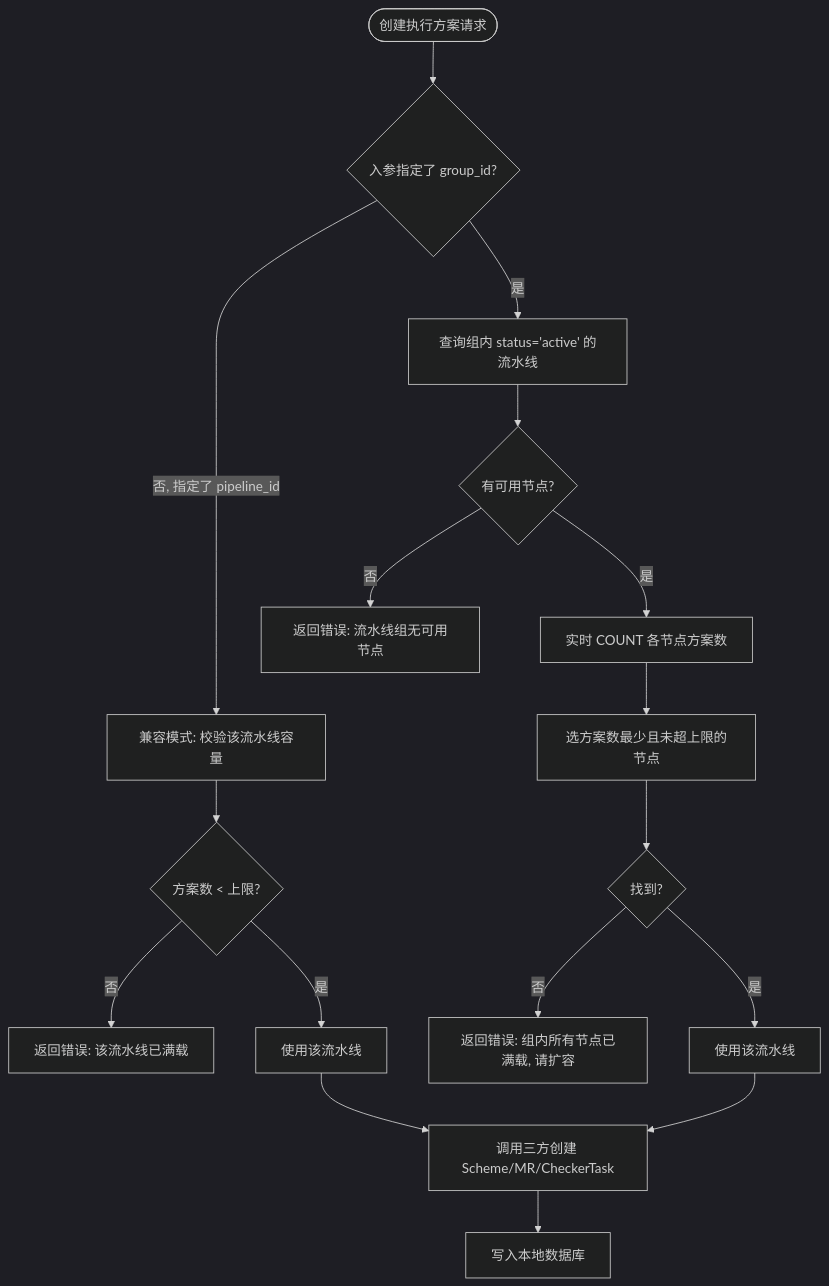
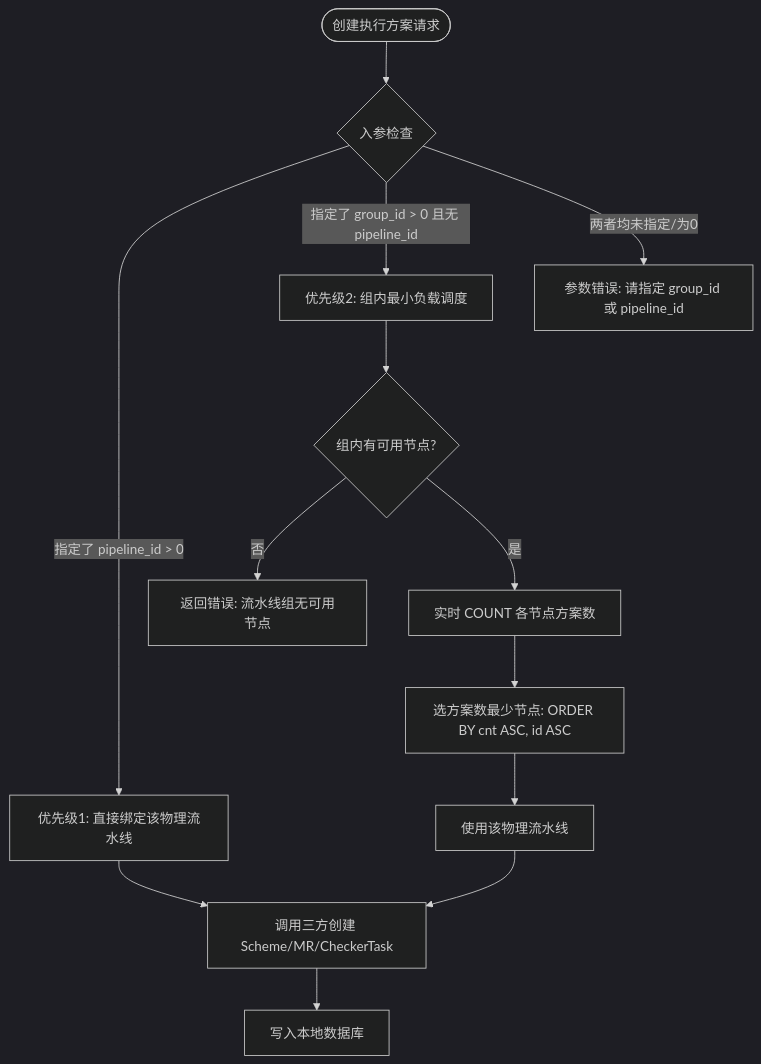
One commit to fugui/code-pipeline changed the third of 4 diagrams in docs/pipeline_group_design.md. Above: the diagram before and after it, drawn with Mermaid (dark theme). The commit also changed other lines of this file and 10 other files, not shown here.

````diff
--- a/docs/pipeline_group_design.md
+++ b/docs/pipeline_group_design.md
@@ -178,22 +126,18 @@
 ```mermaid
 flowchart TD
-    Start([创建执行方案请求]) --> CheckInput{入参指定了 group_id?}
+    Start([创建执行方案请求]) --> CheckInput{入参检查}
 
-    CheckInput -- 否, 指定了 pipeline_id --> DirectCheck[兼容模式: 校验该流水线容量]
-    DirectCheck --> CapOK{方案数 < 上限?}
-    CapOK -- 否 --> ErrFull[返回错误: 该流水线已满载]
-    CapOK -- 是 --> UseDirect[使用该流水线]
+    CheckInput -- 指定了 pipeline_id > 0 --> UseDirect[优先级1: 直接绑定该物理流水线]
+    CheckInput -- 指定了 group_id > 0 且无 pipeline_id --> QueryGroup[优先级2: 组内最小负载调度]
+    CheckInput -- 两者均未指定/为0 --> ErrNoTarget[参数错误: 请指定 group_id 或 pipeline_id]
 
-    CheckInput -- 是 --> QueryGroup[查询组内 status='active' 的流水线]
-    QueryGroup --> HasNodes{有可用节点?}
+    QueryGroup --> HasNodes{组内有可用节点?}
     HasNodes -- 否 --> ErrNoNode[返回错误: 流水线组无可用节点]
     HasNodes -- 是 --> CountSchemes[实时 COUNT 各节点方案数]
-    CountSchemes --> FindMin[选方案数最少且未超上限的节点]
-    FindMin --> Found{找到?}
-    Found -- 否 --> ErrGroupFull[返回错误: 组内所有节点已满载, 请扩容]
-    Found -- 是 --> UseMin[使用该流水线]
+    CountSchemes --> FindMin[选方案数最少节点: ORDER BY cnt ASC, id ASC]
+    FindMin --> UseMin[使用该物理流水线]
 
     UseDirect --> CreateRemote[调用三方创建 Scheme/MR/CheckerTask]
     UseMin --> CreateRemote
     CreateRemote --> SaveDB[写入本地数据库]
 ```
````
